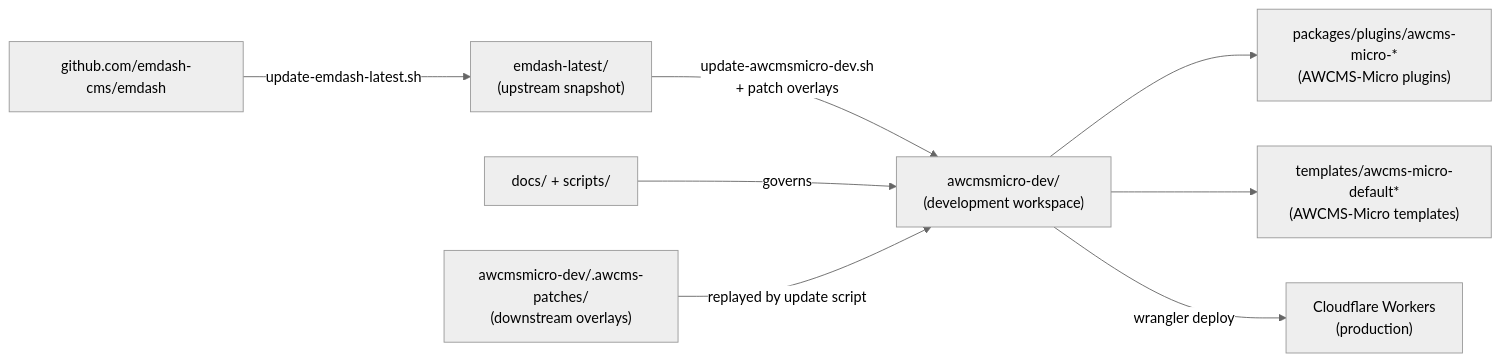
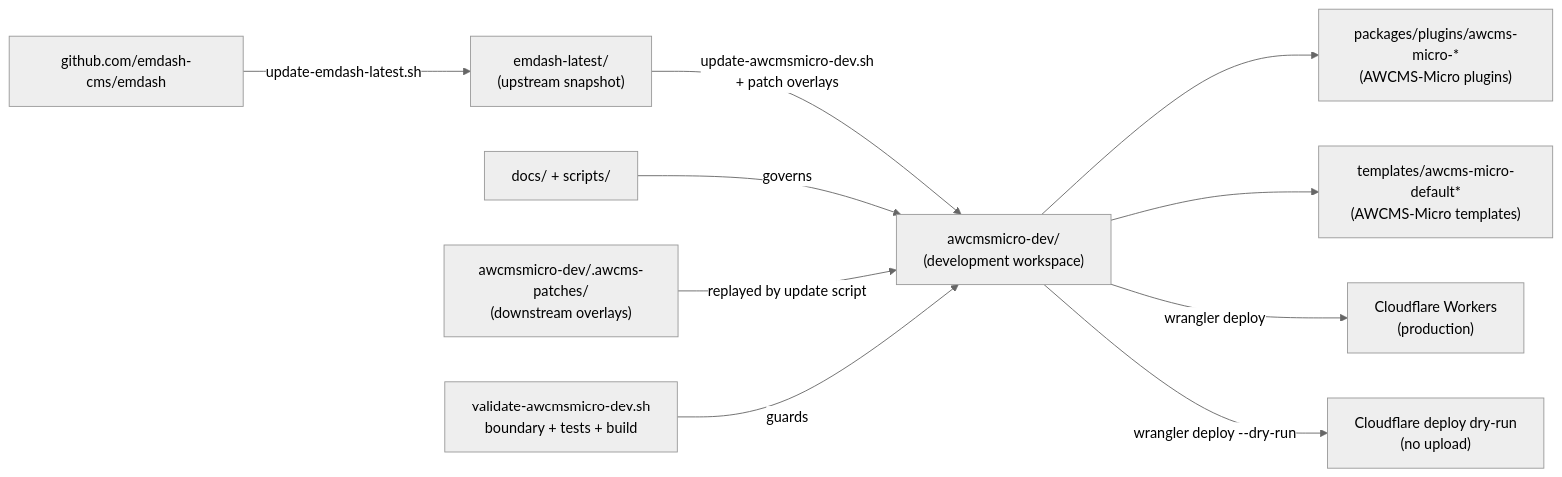
Before and after one commit to ahliweb/awcms-micro: the first of 2 diagrams in README.md, drawn with Mermaid (neutral theme). The commit also changed other lines of this file and 29 other files, not shown here.

````diff
--- a/README.md
+++ b/README.md
@@ -49,10 +51,12 @@
 ```mermaid
 flowchart LR
   GH["github.com/emdash-cms/emdash"] -->|"update-emdash-latest.sh"| Latest["emdash-latest/\n(upstream snapshot)"]
   Latest -->|"update-awcmsmicro-dev.sh\n+ patch overlays"| Dev["awcmsmicro-dev/\n(development workspace)"]
   Dev --> Plugins["packages/plugins/awcms-micro-*\n(AWCMS-Micro plugins)"]
   Dev --> Templates["templates/awcms-micro-default*\n(AWCMS-Micro templates)"]
   Dev -->|"wrangler deploy"| CF["Cloudflare Workers\n(production)"]
   Docs["docs/ + scripts/"] -->|"governs"| Dev
   Patches["awcmsmicro-dev/.awcms-patches/\n(downstream overlays)"] -->|"replayed by update script"| Dev
+  Validate["validate-awcmsmicro-dev.sh\nboundary + tests + build"] -->|"guards"| Dev
+  Dev -->|"wrangler deploy --dry-run"| DryRun["Cloudflare deploy dry-run\n(no upload)"]
 ```
````
